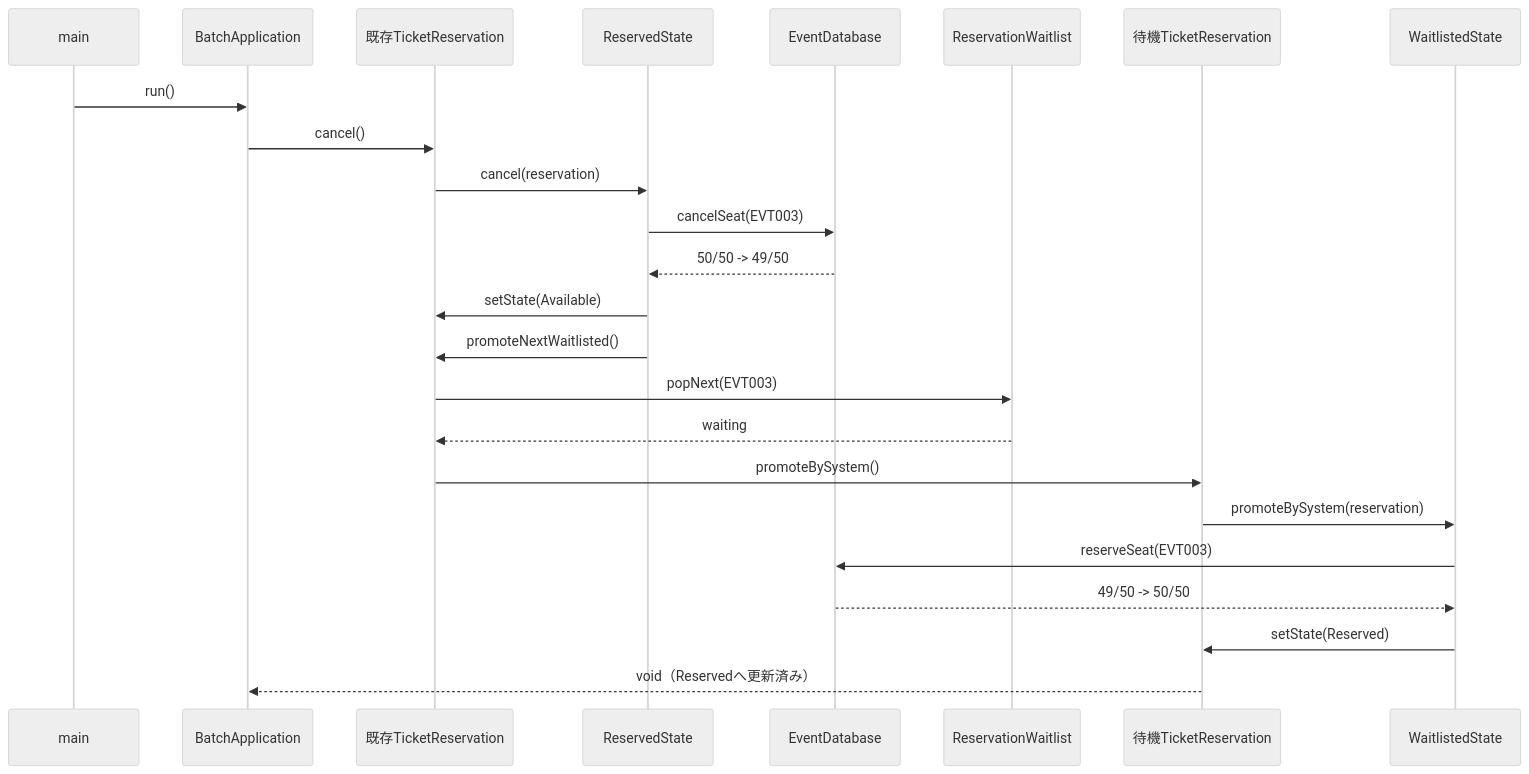
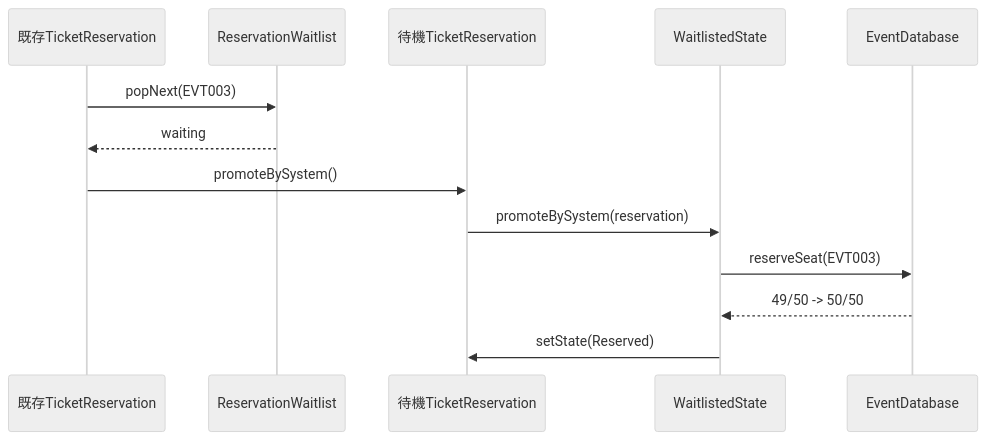
Diagram 13 of 18 in kindle/design-patterns/books/volume01-core-patterns/output/chapter02.md (kumachan1101-pixel/DesignPattern), drawn with Mermaid (neutral theme) before and after one commit. The commit also changed other lines of this file and 8 other files, not shown here.

````diff
--- a/kindle/design-patterns/books/volume01-core-patterns/output/chapter02.md
+++ b/kindle/design-patterns/books/volume01-core-patterns/output/chapter02.md
@@ -1921,27 +2161,16 @@
 ```mermaid
 sequenceDiagram
-    participant main
-    participant BA as BatchApplication
     participant C as 既存TicketReservation
-    participant RS as ReservedState
-    participant DB as EventDatabase
     participant WQ as ReservationWaitlist
     participant W as 待機TicketReservation
     participant WS as WaitlistedState
+    participant DB as EventDatabase
 
-    main->>BA: run()
-    BA->>C: cancel()
-    C->>RS: cancel(reservation)
-    RS->>DB: cancelSeat(EVT003)
-    DB-->>RS: 50/50 -> 49/50
-    RS->>C: setState(Available)
-    RS->>C: promoteNextWaitlisted()
     C->>WQ: popNext(EVT003)
     WQ-->>C: waiting
     C->>W: promoteBySystem()
     W->>WS: promoteBySystem(reservation)
     WS->>DB: reserveSeat(EVT003)
     DB-->>WS: 49/50 -> 50/50
     WS->>W: setState(Reserved)
-    W-->>BA: void（Reservedへ更新済み）
 ```
````
